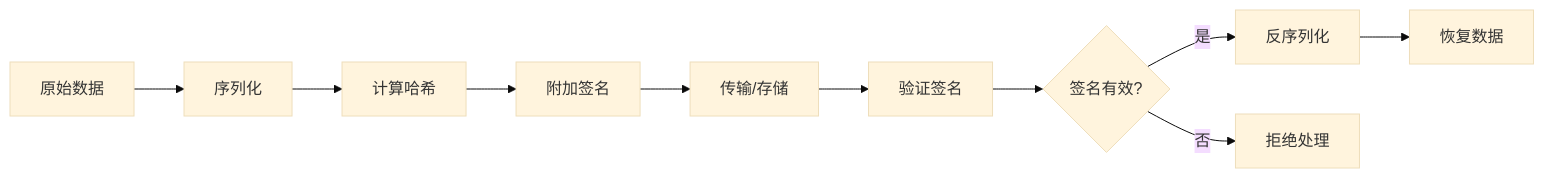
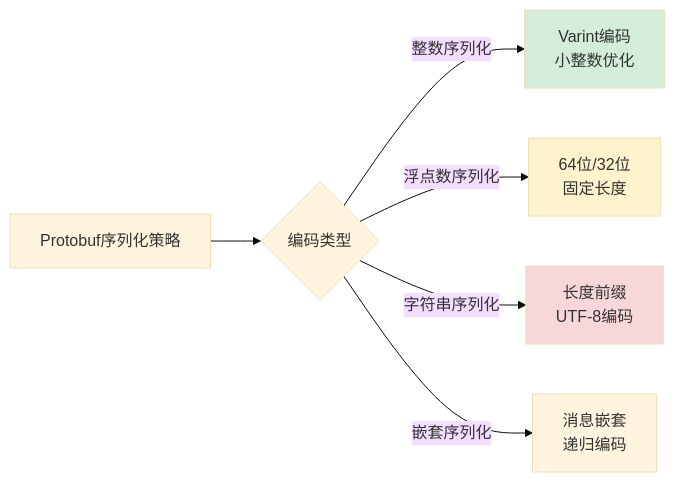
Before and after one commit to chongyang211/YCBookBlog: diagram 16 of 24 in 00.通用技术的提升/02.程序编程原理/05.序列化数据的思想.md, drawn with Mermaid (base theme). The commit also changed other lines of this file and 28 other files, not shown here.

````diff
--- a/00.通用技术的提升/02.程序编程原理/05.序列化数据的思想.md
+++ b/00.通用技术的提升/02.程序编程原理/05.序列化数据的思想.md
@@ -340,14 +795,12 @@
 ```mermaid
 graph LR
-    A[原始数据] --> B[序列化]
-    B --> C[计算哈希]
-    C --> D[附加签名]
-    D --> E[传输/存储]
+    A[Protobuf序列化策略] --> B{编码类型}
+    B -->|整数序列化| C[Varint编码<br/>小整数优化]
+    B -->|浮点数序列化| D[64位/32位<br/>固定长度]
+    B -->|字符串序列化| E[长度前缀<br/>UTF-8编码]
+    B -->|嵌套序列化| F[消息嵌套<br/>递归编码]
     
-    E --> F[验证签名]
-    F --> G{签名有效?}
-    G -->|是| H[反序列化]
-    G -->|否| I[拒绝处理]
-    
-    H --> J[恢复数据]
+    style C fill:#d4edda
+    style D fill:#fff3cd
+    style E fill:#f8d7da
 ```
````
